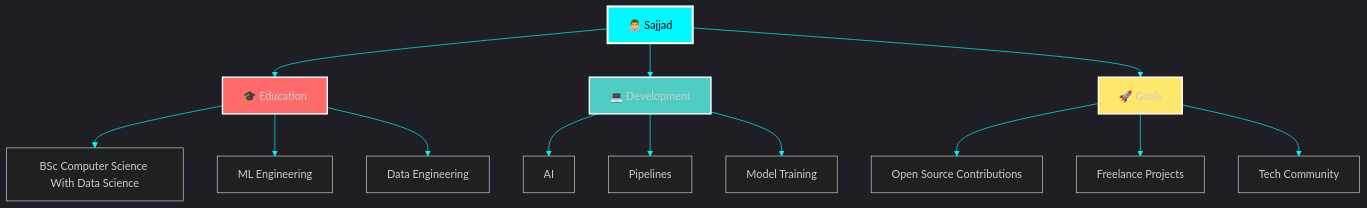
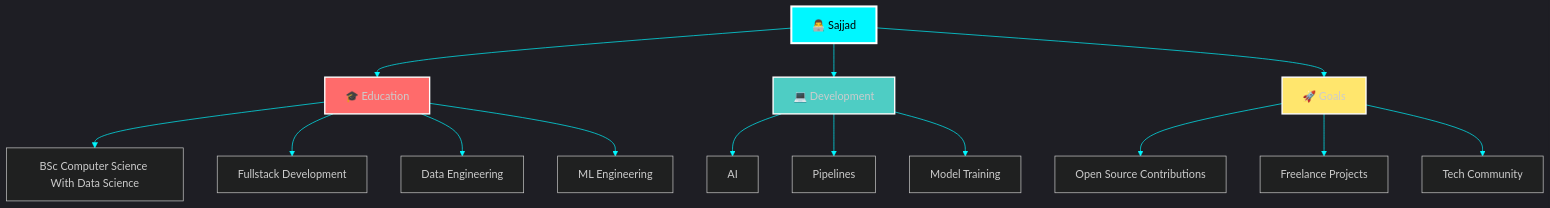
Before and after one commit to MHD-SJD/MHD-SJD: the diagram in README.md, drawn with Mermaid. The commit also changed other lines of this file, not shown here.

````diff
--- a/README.md
+++ b/README.md
@@ -37,25 +37,26 @@
 ```mermaid
 %%{init: {'theme':'dark', 'themeVariables': { 'primaryColor':'#00f7ff','primaryTextColor':'#fff','primaryBorderColor':'#00f7ff','lineColor':'#00f7ff','secondaryColor':'#006064','tertiaryColor':'#0D1117'}}}%%
 graph TB
     A[👨‍💻 Sajjad] --> B[🎓 Education]
     A --> C[💻 Development]
     A --> D[🚀 Goals]
     
     B --> B1[BSc Computer Science With Data Science]
-    B --> B2[ML Engineering]
+    B --> B2[Fullstack Development]
     B --> B3[Data Engineering]
+    B --> B4[ML Engineering]
     
     
     C --> C1[AI]
     C --> C2[Pipelines]
     C --> C3[Model Training]
     
     D --> D1[Open Source Contributions]
     D --> D2[Freelance Projects]
     D --> D3[Tech Community]
     
     style A fill:#00f7ff,stroke:#fff,stroke-width:3px,color:#000
     style B fill:#ff6b6b,stroke:#fff,stroke-width:2px
     style C fill:#4ecdc4,stroke:#fff,stroke-width:2px
     style D fill:#ffe66d,stroke:#fff,stroke-width:2px
 ```
````
